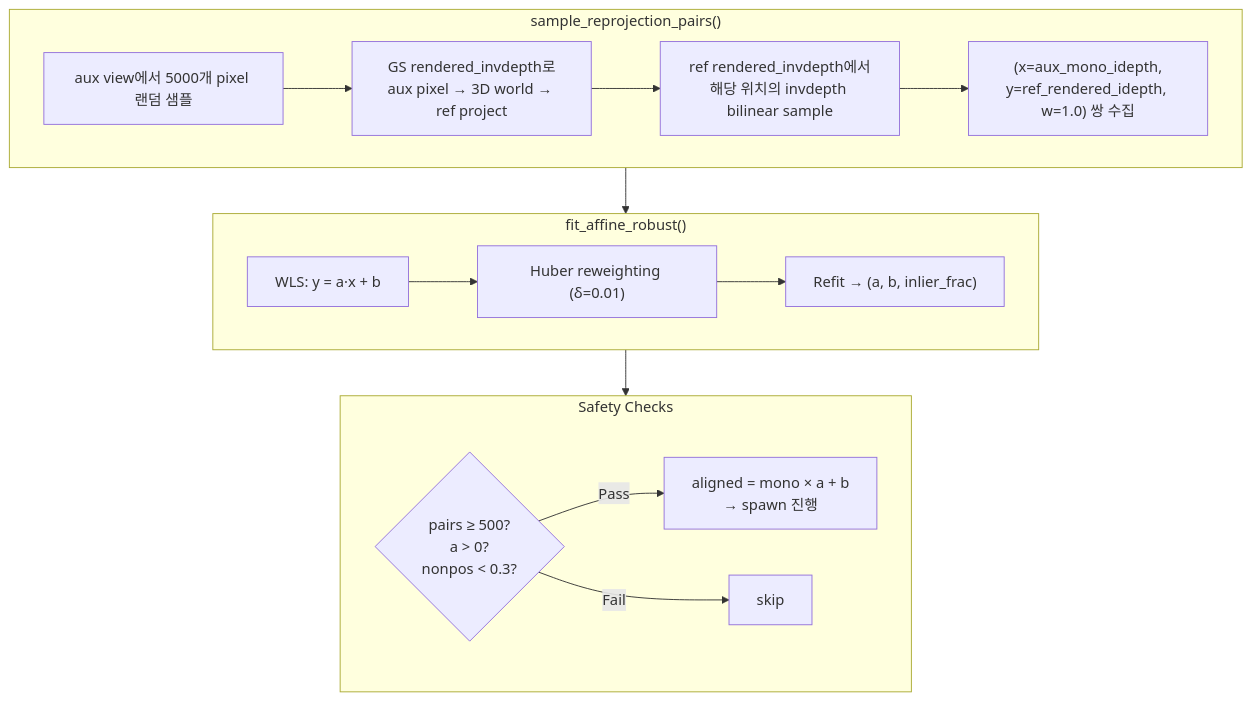
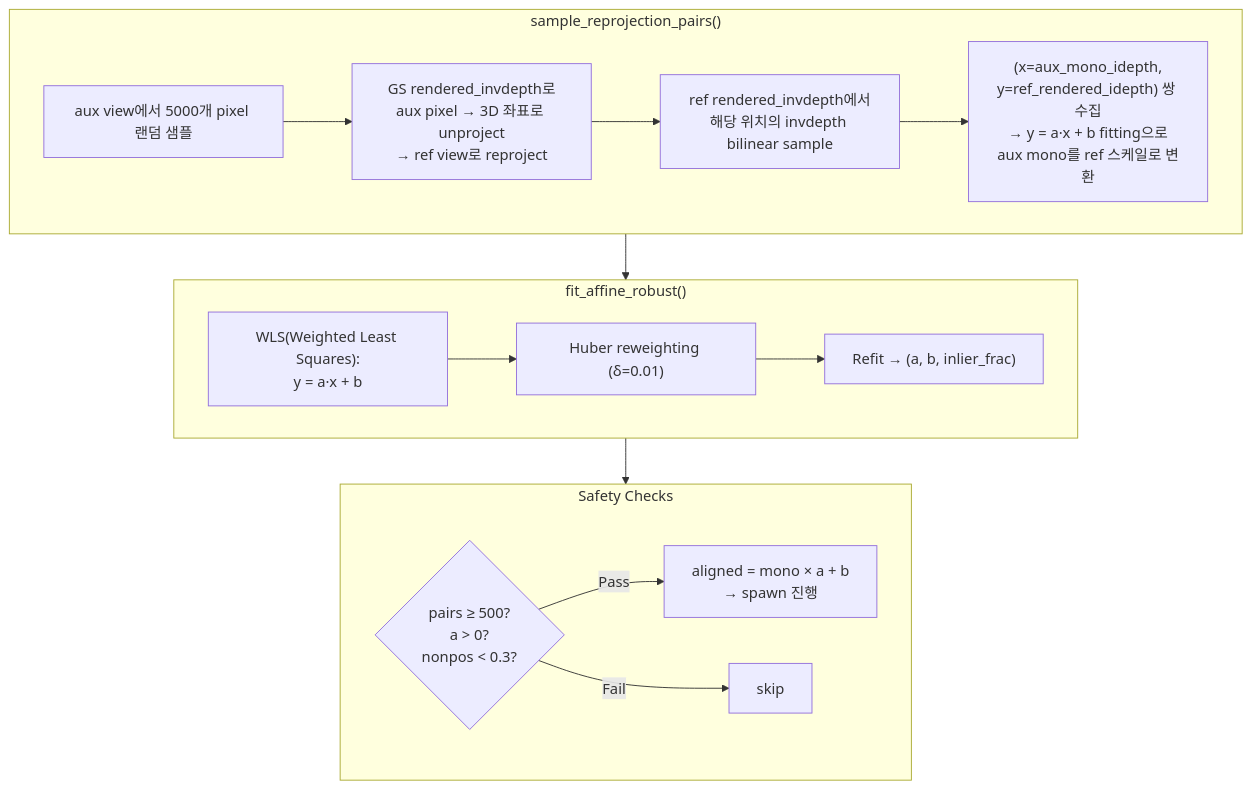
The fifth of 5 diagrams in daily_docs/260131-ontheflynvs_multiview_spawn.md (kyowon1108/gsplat-onthefly-nvs-study), drawn with Mermaid before and after one commit. The commit also changed other lines of this file, not shown here.

````diff
--- a/daily_docs/260131-ontheflynvs_multiview_spawn.md
+++ b/daily_docs/260131-ontheflynvs_multiview_spawn.md
@@ -139,20 +150,20 @@
 ```mermaid
 flowchart TD
     subgraph reproj["sample_reprojection_pairs()"]
         S1["aux view에서 5000개 pixel 랜덤 샘플"]
-        S2["GS rendered_invdepth로<br/>aux pixel → 3D world → ref project"]
+        S2["GS rendered_invdepth로<br/>aux pixel → 3D 좌표로 unproject<br/>→ ref view로 reproject"]
         S3["ref rendered_invdepth에서<br/>해당 위치의 invdepth bilinear sample"]
-        S4["(x=aux_mono_idepth,<br/>y=ref_rendered_idepth, w=1.0) 쌍 수집"]
+        S4["(x=aux_mono_idepth,<br/>y=ref_rendered_idepth) 쌍 수집<br/>→ y = a·x + b fitting으로<br/>aux mono를 ref 스케일로 변환"]
         S1 --> S2 --> S3 --> S4
     end
     subgraph fit["fit_affine_robust()"]
-        F1["WLS: y = a·x + b"] --> F2["Huber reweighting (δ=0.01)"]
+        F1["WLS(Weighted Least Squares):<br/>y = a·x + b"] --> F2["Huber reweighting (δ=0.01)"]
         F2 --> F3["Refit → (a, b, inlier_frac)"]
     end
     subgraph check["Safety Checks"]
         C1{"pairs ≥ 500?<br/>a > 0?<br/>nonpos < 0.3?"}
         C1 -->|Pass| OK["aligned = mono × a + b<br/>→ spawn 진행"]
         C1 -->|Fail| NG["skip"]
     end
     reproj --> fit --> check
 ```
````
